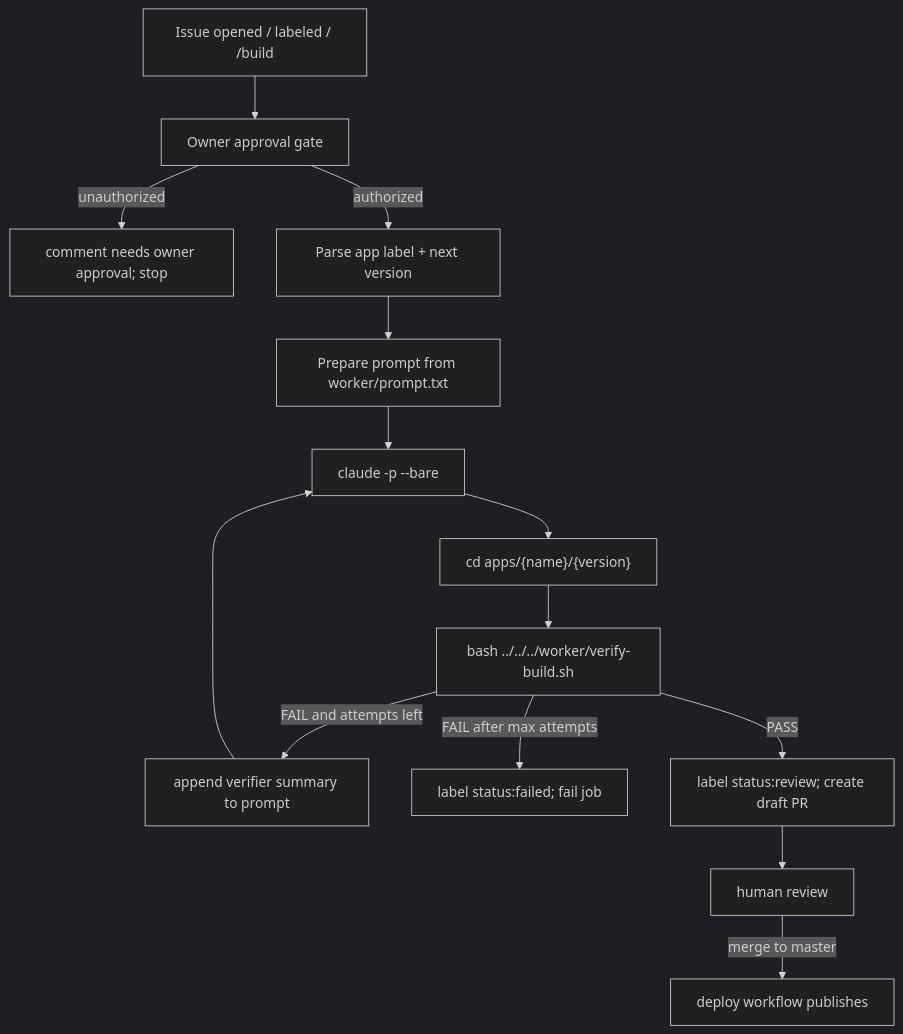
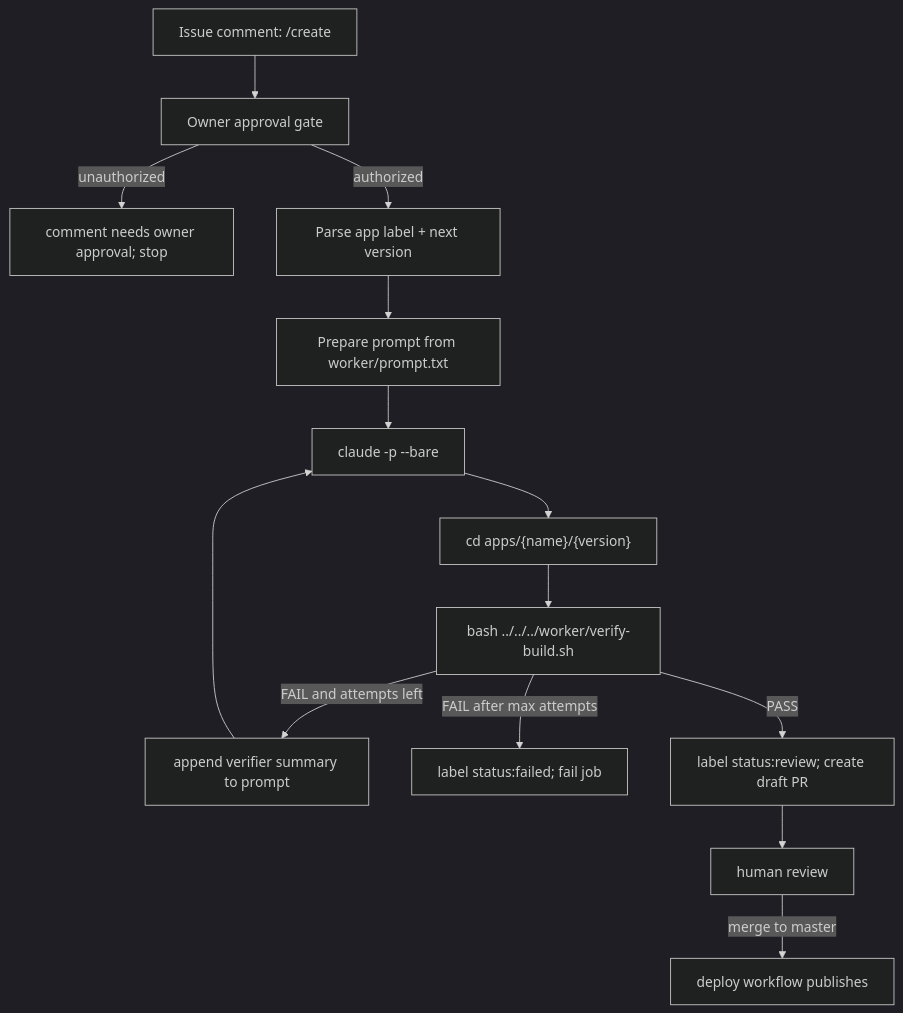
One commit to zenHeart/mitosis changed the diagram in docs/agent-loop.md. Above: the diagram before and after it, drawn with Mermaid (dark theme). The commit also changed other lines of this file and 12 other files, not shown here.

First line of the commit message:
feat: C0.1+C0.2 — auto /create comment after Issue creation + CI verifier

````diff
--- a/docs/agent-loop.md
+++ b/docs/agent-loop.md
@@ -70,16 +72,16 @@
 ```mermaid
 flowchart TD
-    A["Issue opened / labeled / /build"] --> B["Owner approval gate"]
+    A["Issue comment: /create"] --> B["Owner approval gate"]
     B -->|unauthorized| X["comment needs owner approval; stop"]
     B -->|authorized| C["Parse app label + next version"]
     C --> D["Prepare prompt from worker/prompt.txt"]
     D --> E["claude -p --bare"]
     E --> F["cd apps/{name}/{version}"]
     F --> G["bash ../../../worker/verify-build.sh"]
     G -->|FAIL and attempts left| H["append verifier summary to prompt"]
     H --> E
     G -->|FAIL after max attempts| I["label status:failed; fail job"]
     G -->|PASS| J["label status:review; create draft PR"]
     J --> K["human review"]
     K -->|merge to master| L["deploy workflow publishes"]
 ```
````
